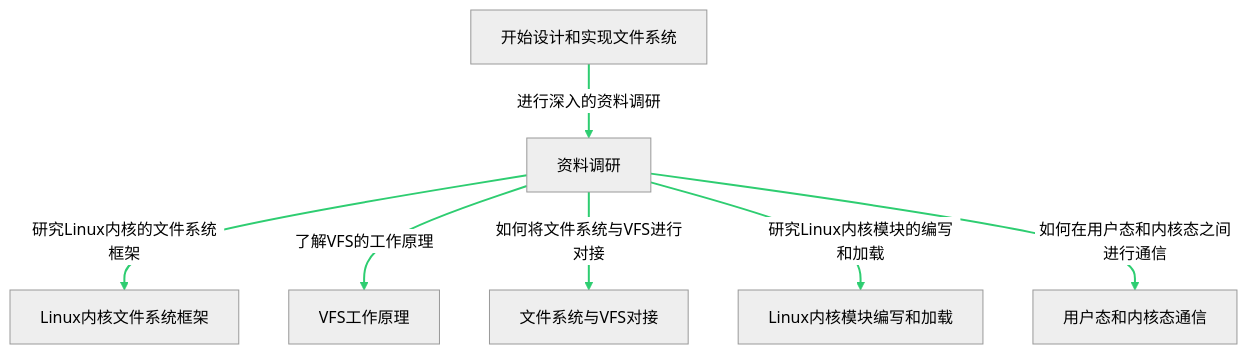
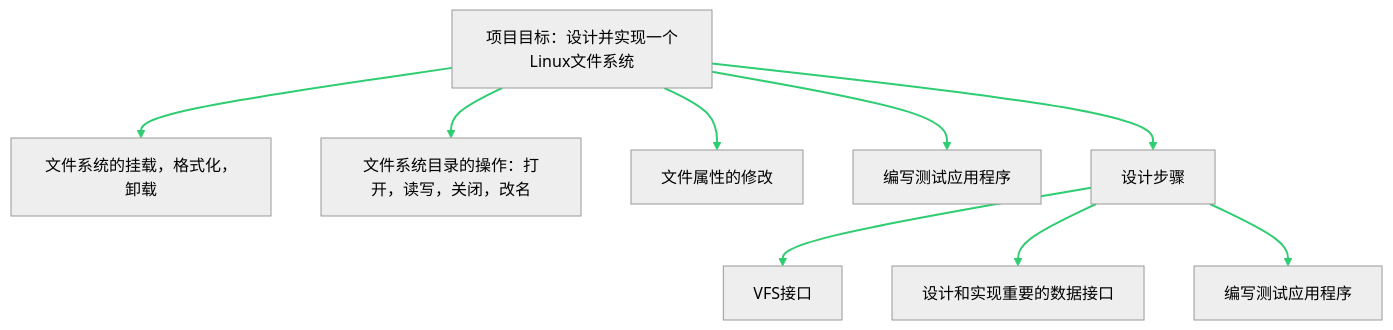
Before and after one commit to dekrt/revoFS: the first of 5 diagrams in README.md, drawn with Mermaid (neutral theme). The commit also changed other lines of this file and 2 other files, not shown here.

````diff
--- a/README.md
+++ b/README.md
@@ -64,16 +52,21 @@
 ```mermaid
 graph TB
-  SD["开始设计和实现文件系统"]
-  SD -- "进行深入的资料调研" --> DR["资料调研"]
-  DR -- "研究Linux内核的文件系统框架" --> LK["Linux内核文件系统框架"]
-  DR -- "了解VFS的工作原理" --> VFS["VFS工作原理"]
-  DR -- "如何将文件系统与VFS进行对接" --> IV["文件系统与VFS对接"]
-  DR -- "研究Linux内核模块的编写和加载" --> LM["Linux内核模块编写和加载"]
-  DR -- "如何在用户态和内核态之间进行通信" --> UC["用户态和内核态通信"]
+  A["项目目标：设计并实现一个Linux文件系统"]
+  A --> B["文件系统的挂载，格式化，卸载"]
+  A --> C["文件系统目录的操作：打开，读写，关闭，改名"]
+  A --> D["文件属性的修改"]
+  A --> E["编写测试应用程序"]
+  A --> F["设计步骤"]
+  F --> G["VFS接口"]
+  F --> H["设计和实现重要的数据接口"]
+  F --> I["编写测试应用程序"]
   linkStyle 0 stroke:#2ecd71,stroke-width:2px;
   linkStyle 1 stroke:#2ecd71,stroke-width:2px;
   linkStyle 2 stroke:#2ecd71,stroke-width:2px;
   linkStyle 3 stroke:#2ecd71,stroke-width:2px;
   linkStyle 4 stroke:#2ecd71,stroke-width:2px;
   linkStyle 5 stroke:#2ecd71,stroke-width:2px;
+  linkStyle 6 stroke:#2ecd71,stroke-width:2px;
+  linkStyle 7 stroke:#2ecd71,stroke-width:2px;
+
 ```
````
